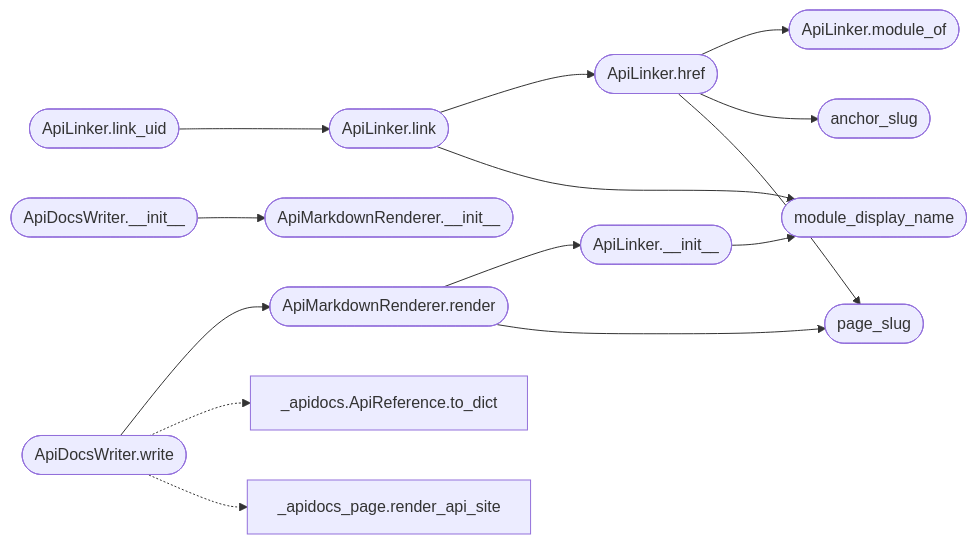
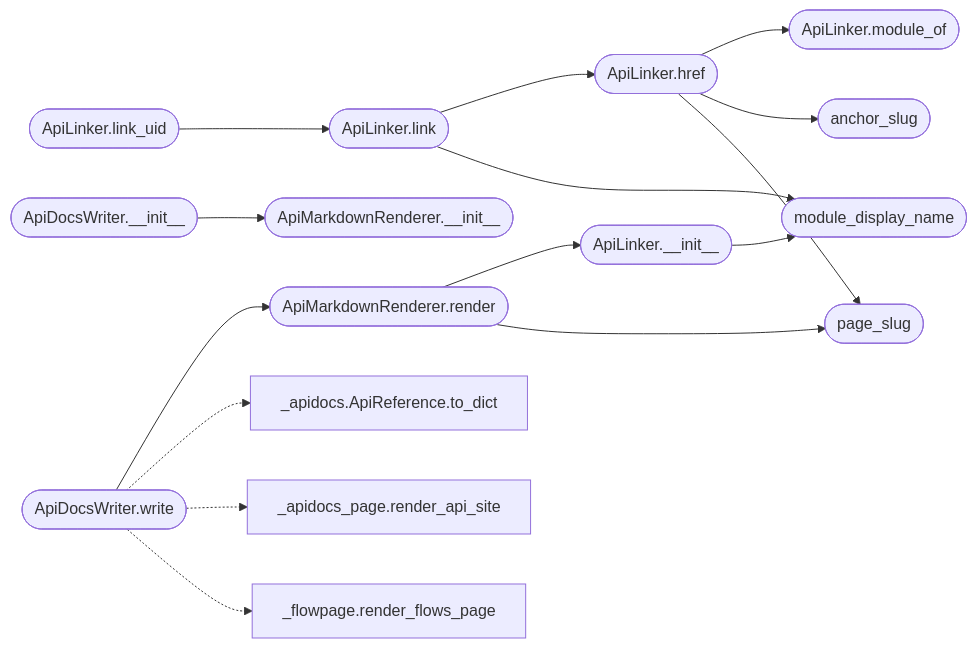
Before and after one commit to grisuno/ReadMenator: the second of 2 diagrams in readmenator-apidocs/modules/readmenator._apidocs_render.py.md, drawn with Mermaid. The commit also changed other lines of this file and 224 other files, not shown here.

Commit message:
new diagrams :D

````diff
--- a/readmenator-apidocs/modules/readmenator._apidocs_render.py.md
+++ b/readmenator-apidocs/modules/readmenator._apidocs_render.py.md
@@ -47,30 +48,32 @@
 ```mermaid
 flowchart LR
     n_readmenator__apidocs_render_py__ApiLinker___init__(["ApiLinker.__init__"])
     n_readmenator__apidocs_render_py__module_display_name(["module_display_name"])
     n_readmenator__apidocs_render_py__ApiLinker_href(["ApiLinker.href"])
     n_readmenator__apidocs_render_py__ApiLinker_module_of(["ApiLinker.module_of"])
     n_readmenator__apidocs_render_py__anchor_slug(["anchor_slug"])
     n_readmenator__apidocs_render_py__page_slug(["page_slug"])
     n_readmenator__apidocs_render_py__ApiLinker_link(["ApiLinker.link"])
     n_readmenator__apidocs_render_py__ApiLinker_link_uid(["ApiLinker.link_uid"])
     n_readmenator__apidocs_render_py__ApiMarkdownRenderer_render(["ApiMarkdownRenderer.render"])
     n_readmenator__apidocs_render_py__ApiDocsWriter___init__(["ApiDocsWriter.__init__"])
     n_readmenator__apidocs_render_py__ApiMarkdownRenderer___init__(["ApiMarkdownRenderer.__init__"])
     n_readmenator__apidocs_render_py__ApiDocsWriter_write(["ApiDocsWriter.write"])
     n_readmenator__apidocs_py__ApiReference_to_dict["_apidocs.ApiReference.to_dict"]
     n_readmenator__apidocs_page_py__render_api_site["_apidocs_page.render_api_site"]
+    n_readmenator__flowpage_py__render_flows_page["_flowpage.render_flows_page"]
     n_readmenator__apidocs_render_py__ApiLinker___init__ --> n_readmenator__apidocs_render_py__module_display_name
     n_readmenator__apidocs_render_py__ApiLinker_href --> n_readmenator__apidocs_render_py__ApiLinker_module_of
     n_readmenator__apidocs_render_py__ApiLinker_href --> n_readmenator__apidocs_render_py__anchor_slug
     n_readmenator__apidocs_render_py__ApiLinker_href --> n_readmenator__apidocs_render_py__page_slug
     n_readmenator__apidocs_render_py__ApiLinker_link --> n_readmenator__apidocs_render_py__ApiLinker_href
     n_readmenator__apidocs_render_py__ApiLinker_link --> n_readmenator__apidocs_render_py__module_display_name
     n_readmenator__apidocs_render_py__ApiLinker_link_uid --> n_readmenator__apidocs_render_py__ApiLinker_link
     n_readmenator__apidocs_render_py__ApiMarkdownRenderer_render --> n_readmenator__apidocs_render_py__ApiLinker___init__
     n_readmenator__apidocs_render_py__ApiMarkdownRenderer_render --> n_readmenator__apidocs_render_py__page_slug
     n_readmenator__apidocs_render_py__ApiDocsWriter___init__ --> n_readmenator__apidocs_render_py__ApiMarkdownRenderer___init__
     n_readmenator__apidocs_render_py__ApiDocsWriter_write --> n_readmenator__apidocs_render_py__ApiMarkdownRenderer_render
     n_readmenator__apidocs_render_py__ApiDocsWriter_write -.-> n_readmenator__apidocs_py__ApiReference_to_dict
     n_readmenator__apidocs_render_py__ApiDocsWriter_write -.-> n_readmenator__apidocs_page_py__render_api_site
+    n_readmenator__apidocs_render_py__ApiDocsWriter_write -.-> n_readmenator__flowpage_py__render_flows_page
 ```
````
